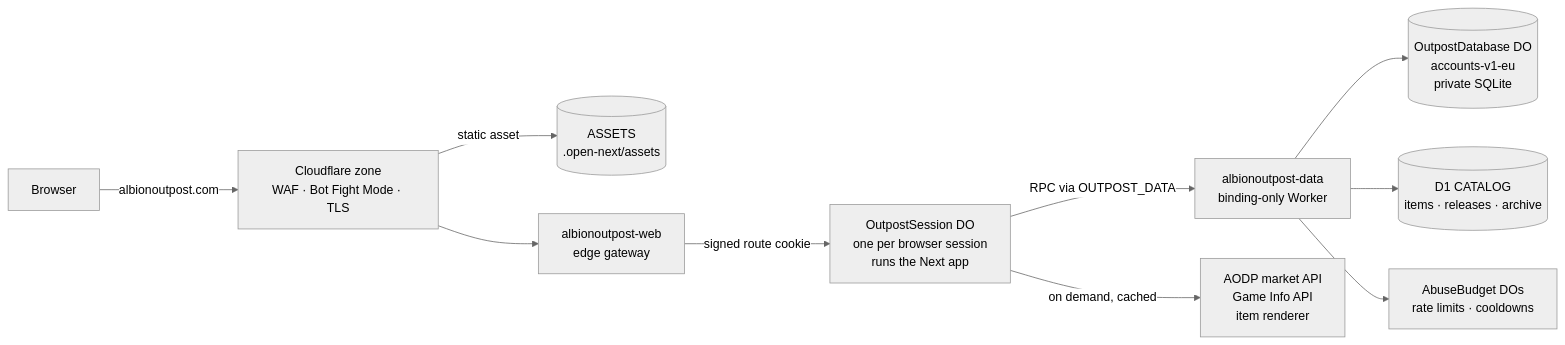
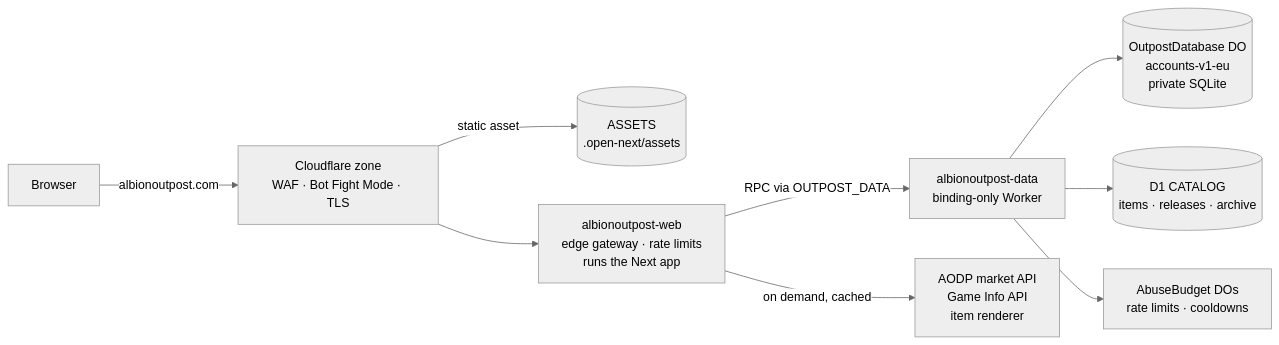
The diagram in docs/ARCHITECTURE.md (AlbionOutpost/Outpost), drawn with Mermaid (neutral theme) before and after one commit. The commit also changed other lines of this file and 19 other files, not shown here.

First line of the commit message:
Render pages in the web Worker instead of a per-session Durable Object (#137)

````diff
--- a/docs/ARCHITECTURE.md
+++ b/docs/ARCHITECTURE.md
@@ -7,12 +7,11 @@
 ```mermaid
 flowchart LR
   B[Browser] -->|albionoutpost.com| Z[Cloudflare zone<br/>WAF · Bot Fight Mode · TLS]
   Z -->|static asset| A[(ASSETS<br/>.open-next/assets)]
-  Z --> W[albionoutpost-web<br/>edge gateway]
-  W -->|signed route cookie| S[OutpostSession DO<br/>one per browser session<br/>runs the Next app]
-  S -->|RPC via OUTPOST_DATA| D[albionoutpost-data<br/>binding-only Worker]
+  Z --> W[albionoutpost-web<br/>edge gateway · rate limits<br/>runs the Next app]
+  W -->|RPC via OUTPOST_DATA| D[albionoutpost-data<br/>binding-only Worker]
   D --> P[(OutpostDatabase DO<br/>accounts-v1-eu<br/>private SQLite)]
   D --> C[(D1 CATALOG<br/>items · releases · archive)]
   D --> R[AbuseBudget DOs<br/>rate limits · cooldowns]
-  S -->|on demand, cached| M[AODP market API<br/>Game Info API<br/>item renderer]
+  W -->|on demand, cached| M[AODP market API<br/>Game Info API<br/>item renderer]
 ```
````
